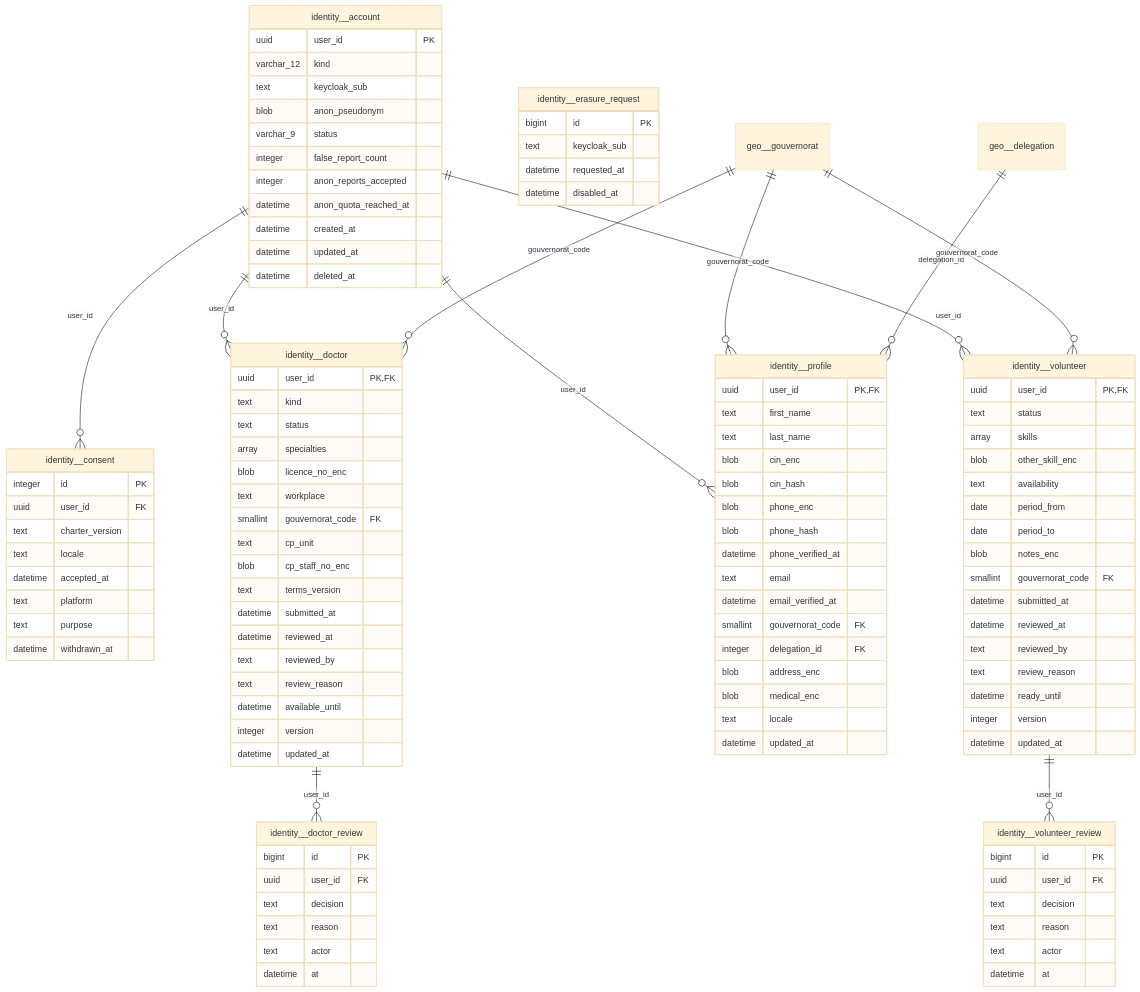
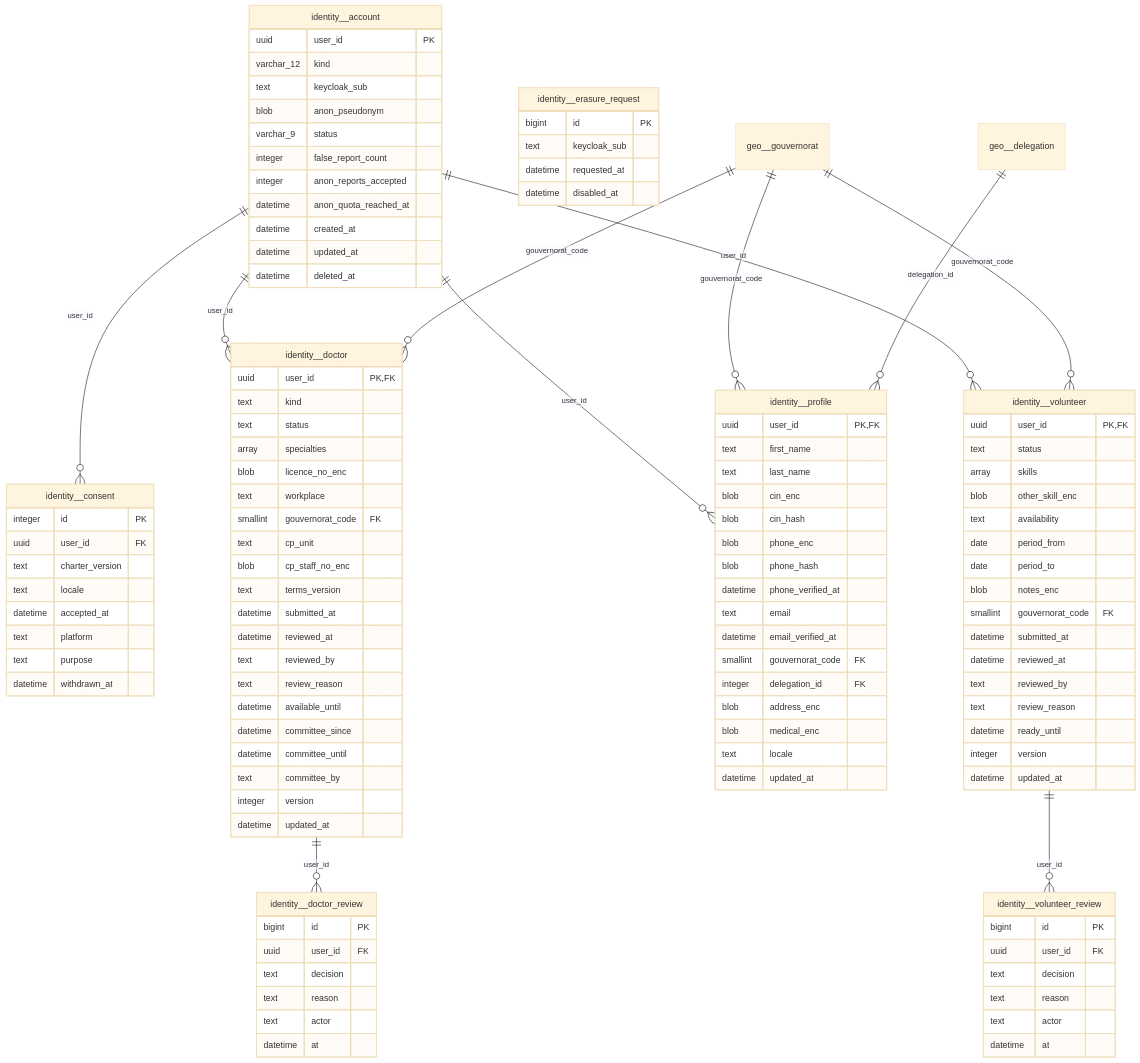
The tenth of 19 diagrams in docs/erd.md (mouhabouk/E-HIMAYA), drawn with Mermaid (base theme) before and after one commit. The commit also changed 36 other files, not shown here.

```diff
--- a/docs/erd.md
+++ b/docs/erd.md
@@ -439,6 +439,9 @@
         text reviewed_by
         text review_reason
         datetime available_until
+        datetime committee_since
+        datetime committee_until
+        text committee_by
         integer version
         datetime updated_at
     }
```
